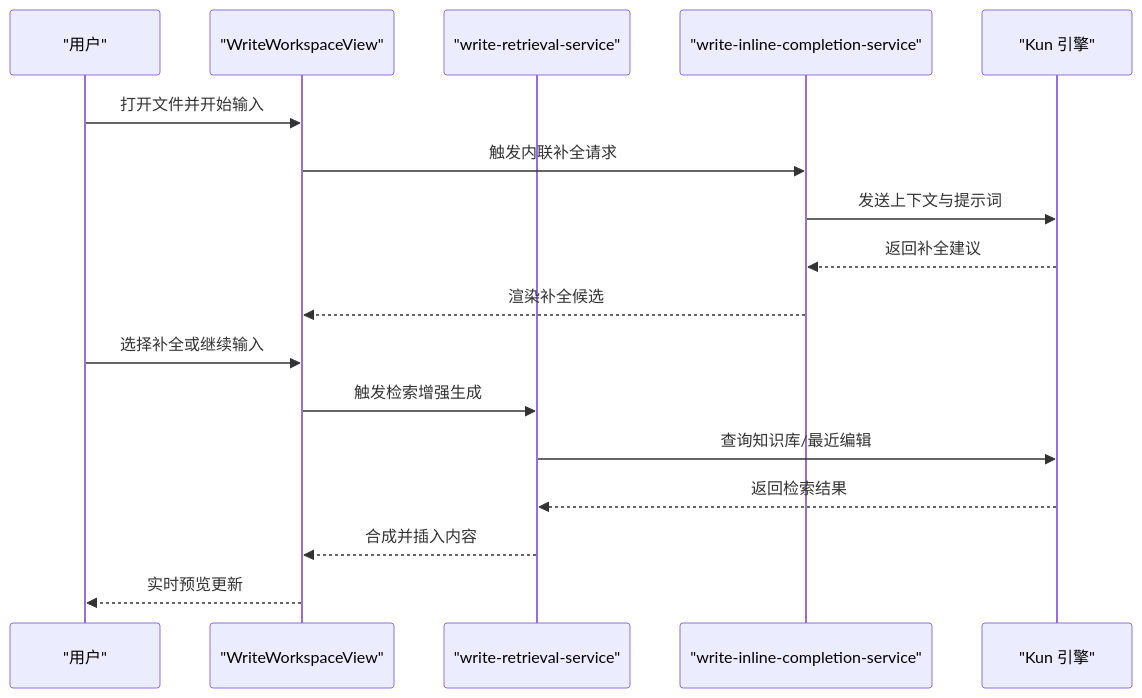
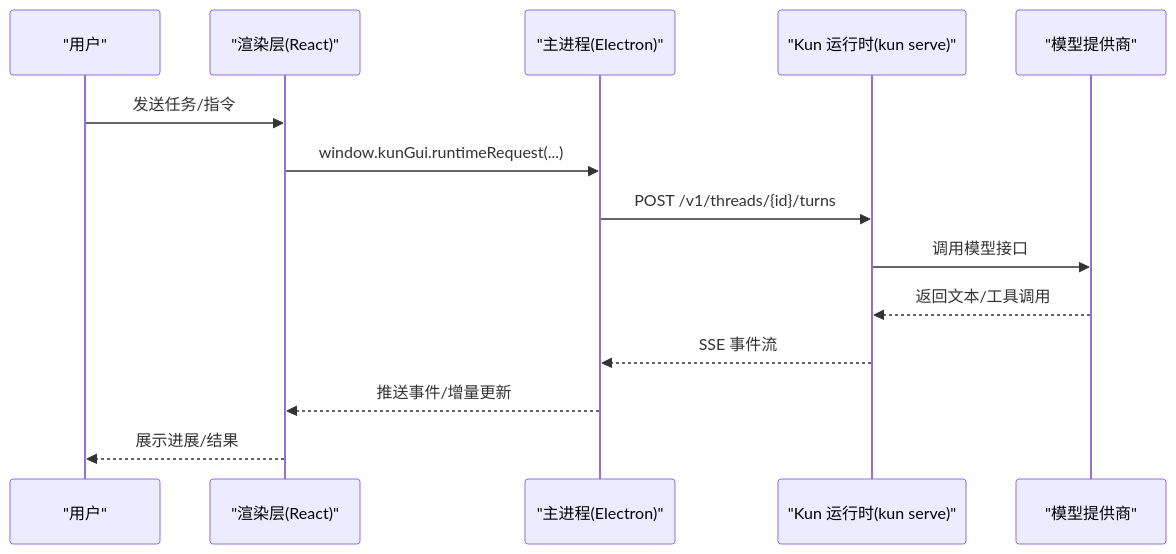
Before and after one commit to haolange/DeepSeek-GUI: the second of 6 diagrams in .qoder/repowiki/zh/content/项目概述/项目概述.md, drawn with Mermaid. The commit also changed other lines of this file and 341 other files, not shown here.

````diff
--- a/.qoder/repowiki/zh/content/项目概述/项目概述.md
+++ b/.qoder/repowiki/zh/content/项目概述/项目概述.md
@@ -167,19 +79,16 @@
 ```mermaid
 sequenceDiagram
 participant U as "用户"
-participant V as "WriteWorkspaceView"
-participant S as "write-retrieval-service"
-participant I as "write-inline-completion-service"
-participant K as "Kun 引擎"
-U->>V : 打开文件并开始输入
-V->>I : 触发内联补全请求
-I->>K : 发送上下文与提示词
-K-->>I : 返回补全建议
-I-->>V : 渲染补全候选
-U->>V : 选择补全或继续输入
-V->>S : 触发检索增强生成
-S->>K : 查询知识库/最近编辑
-K-->>S : 返回检索结果
-S-->>V : 合成并插入内容
-V-->>U : 实时预览更新
+participant R as "渲染层(React)"
+participant M as "主进程(Electron)"
+participant S as "Kun 运行时(kun serve)"
+participant P as "模型提供商"
+U->>R : 发送任务/指令
+R->>M : window.kunGui.runtimeRequest(...)
+M->>S : POST /v1/threads/{id}/turns
+S->>P : 调用模型接口
+P-->>S : 返回文本/工具调用
+S-->>M : SSE 事件流
+M-->>R : 推送事件/增量更新
+R-->>U : 展示进展/结果
 ```
````
